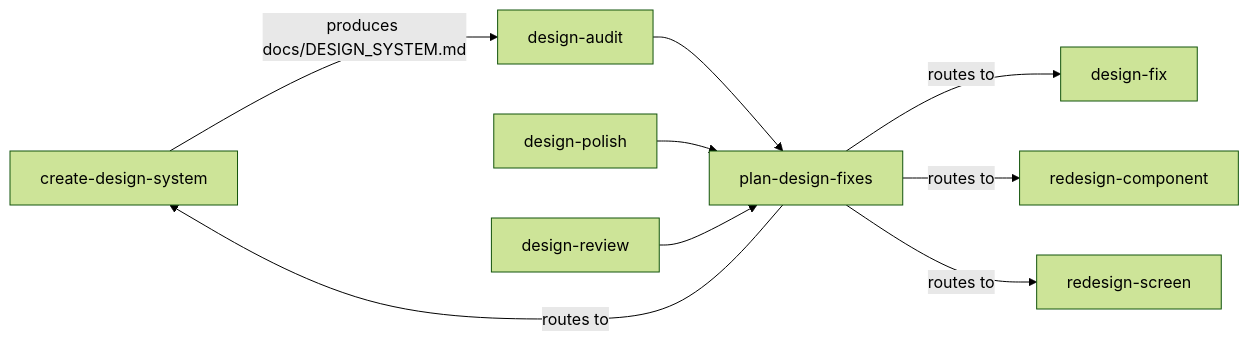
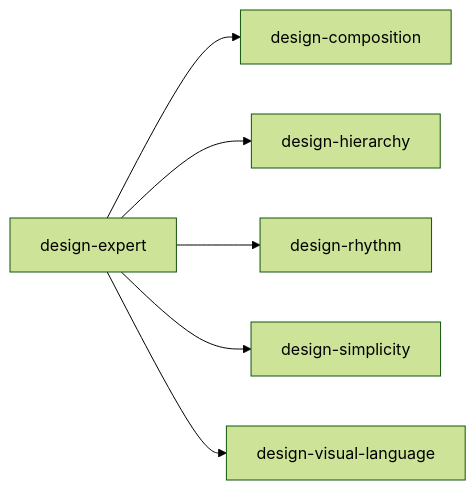
One commit to pnewsam/skills changed the third of 12 diagrams in README.md. Above: the diagram before and after it, drawn with Mermaid (forest theme). The commit also changed other lines of this file and 29 other files, not shown here.

````diff
--- a/README.md
+++ b/README.md
@@ -66,11 +73,8 @@
 ```mermaid
 flowchart LR
-    CDS[create-design-system] -->|produces docs/DESIGN_SYSTEM.md| DA[design-audit]
-    DA --> PDF[plan-design-fixes]
-    DP[design-polish] --> PDF
-    DR[design-review] --> PDF
-    PDF -->|routes to| DF[design-fix]
-    PDF -->|routes to| RC[redesign-component]
-    PDF -->|routes to| RS[redesign-screen]
-    PDF -->|routes to| CDS
+    DX[design-expert] --> DC[design-composition]
+    DX --> DH[design-hierarchy]
+    DX --> DR[design-rhythm]
+    DX --> DS[design-simplicity]
+    DX --> DVL[design-visual-language]
 ```
````
